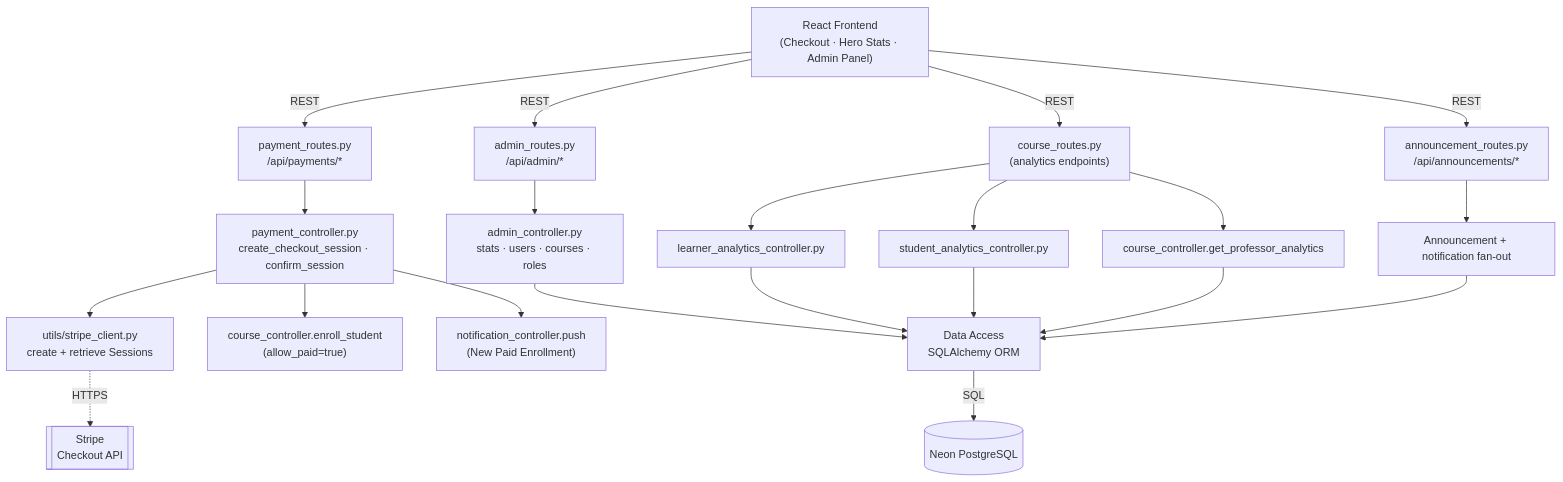
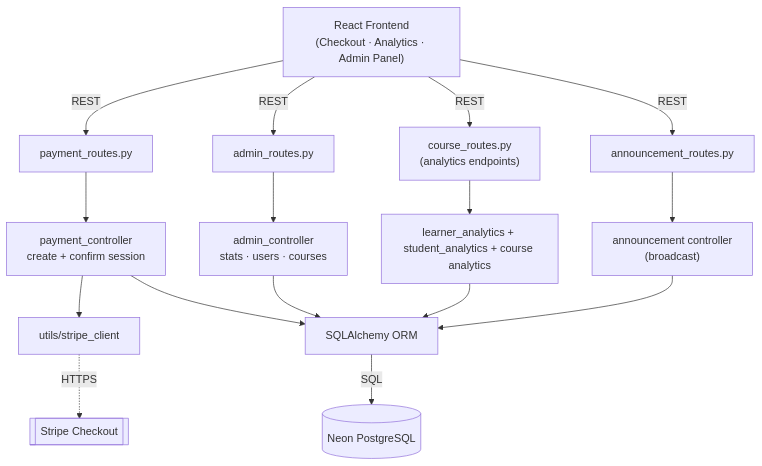
Before and after one commit to yazidha09/Hub4Learners: the first of 4 diagrams in docs/sprints/SPRINT_6.md, drawn with Mermaid. The commit also changed other lines of this file and 14 other files, not shown here.

````diff
--- a/docs/sprints/SPRINT_6.md
+++ b/docs/sprints/SPRINT_6.md
@@ -56,23 +51,18 @@
 ```mermaid
 graph TD
-    A["React Frontend<br/>(Checkout · Hero Stats · Admin Panel)"] -->|REST| B["payment_routes.py<br/>/api/payments/*"]
-    A -->|REST| C["admin_routes.py<br/>/api/admin/*"]
+    A["React Frontend<br/>(Checkout · Analytics · Admin Panel)"] -->|REST| B["payment_routes.py"]
+    A -->|REST| C["admin_routes.py"]
     A -->|REST| D["course_routes.py<br/>(analytics endpoints)"]
-    A -->|REST| E["announcement_routes.py<br/>/api/announcements/*"]
-    B --> F["payment_controller.py<br/>create_checkout_session · confirm_session"]
-    F --> G["utils/stripe_client.py<br/>create + retrieve Sessions"]
-    F --> H["course_controller.enroll_student<br/>(allow_paid=true)"]
-    C --> I["admin_controller.py<br/>stats · users · courses · roles"]
-    D --> J["learner_analytics_controller.py"]
-    D --> K["student_analytics_controller.py"]
-    D --> L["course_controller.get_professor_analytics"]
-    E --> M["Announcement + notification fan-out"]
-    F --> N["notification_controller.push<br/>(New Paid Enrollment)"]
-    I --> O["Data Access<br/>SQLAlchemy ORM"]
-    J --> O
-    K --> O
-    L --> O
-    M --> O
-    O -->|SQL| P[("Neon PostgreSQL")]
-    G -. HTTPS .-> Q[["Stripe<br/>Checkout API"]]
+    A -->|REST| E["announcement_routes.py"]
+    B --> F["payment_controller<br/>create + confirm session"]
+    F --> G["utils/stripe_client"]
+    C --> H["admin_controller<br/>stats · users · courses"]
+    D --> I["learner_analytics + student_analytics + course analytics"]
+    E --> J["announcement controller<br/>(broadcast)"]
+    F --> K["SQLAlchemy ORM"]
+    H --> K
+    I --> K
+    J --> K
+    K -->|SQL| L[(Neon PostgreSQL)]
+    G -. HTTPS .-> M[[Stripe Checkout]]
 ```
````
